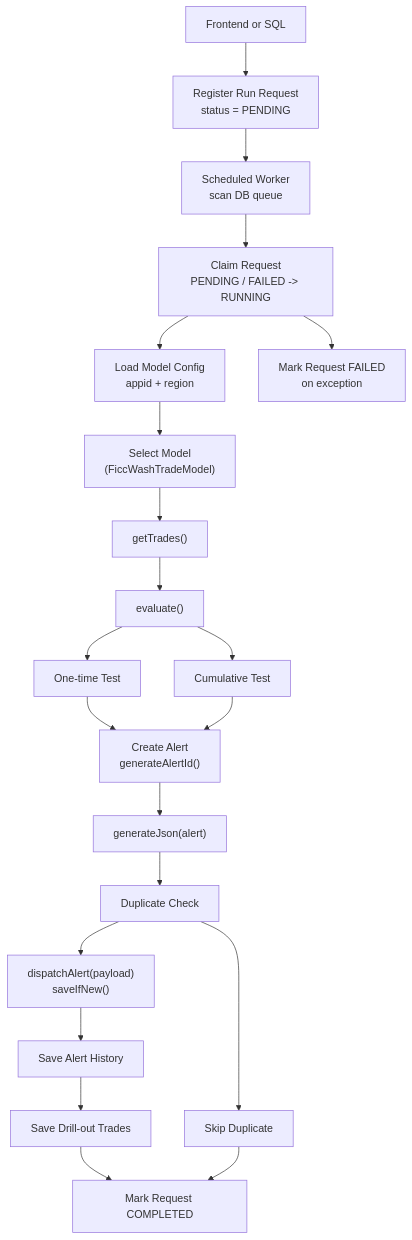
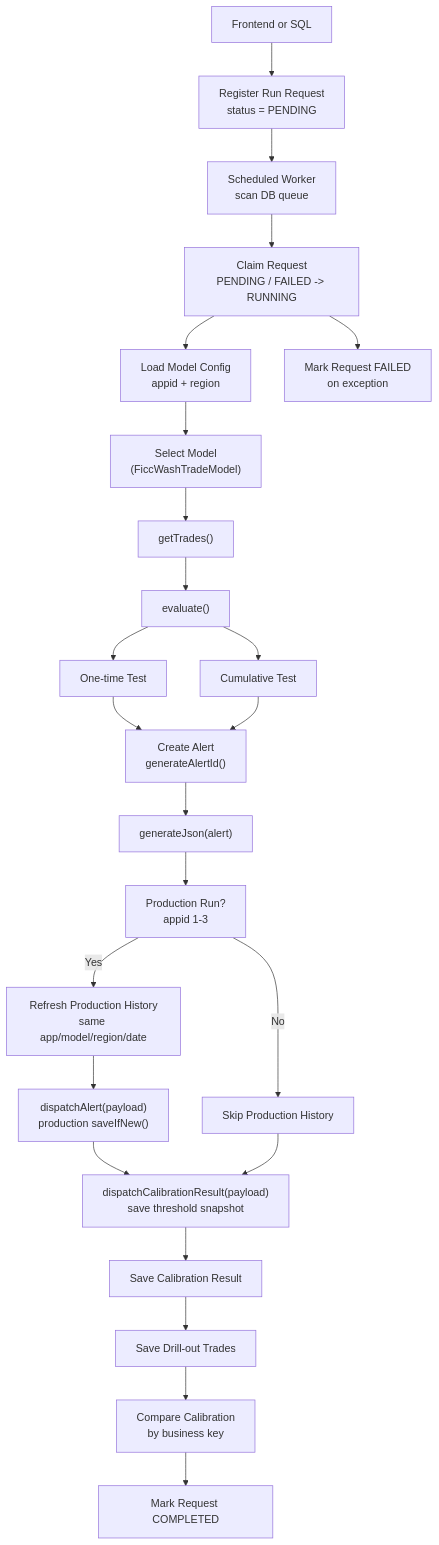
Before and after one commit to KiBeomLee16/Ficc_WashModel: the diagram in README.md, drawn with Mermaid. The commit also changed other lines of this file and 23 other files, not shown here.

````diff
--- a/README.md
+++ b/README.md
@@ -58,29 +62,31 @@
 ```mermaid
 flowchart TD
     A["Frontend or SQL"] --> B["Register Run Request<br/>status = PENDING"]
     B --> C["Scheduled Worker<br/>scan DB queue"]
     C --> D["Claim Request<br/>PENDING / FAILED -> RUNNING"]
     D --> E["Load Model Config<br/>appid + region"]
     E --> F["Select Model<br/>(FiccWashTradeModel)"]
     F --> G["getTrades()"]
     G --> H["evaluate()"]
 
     H --> I["One-time Test"]
     H --> J["Cumulative Test"]
 
     I --> K["Create Alert<br/>generateAlertId()"]
     J --> K
 
     K --> L["generateJson(alert)"]
-    L --> M["Duplicate Check"]
-    M --> N["dispatchAlert(payload)<br/>saveIfNew()"]
+    L --> M["Production Run?<br/>appid 1-3"]
+    M -->|Yes| N["Refresh Production History<br/>same app/model/region/date"]
+    N --> O["dispatchAlert(payload)<br/>production saveIfNew()"]
+    M -->|No| P["Skip Production History"]
 
-    N --> O["Save Alert History"]
-    O --> P["Save Drill-out Trades"]
-    P --> Q["Mark Request COMPLETED"]
+    O --> Q["dispatchCalibrationResult(payload)<br/>save threshold snapshot"]
+    P --> Q
+    Q --> R["Save Calibration Result"]
+    R --> S["Save Drill-out Trades"]
+    S --> V["Compare Calibration<br/>by business key"]
+    V --> T["Mark Request COMPLETED"]
 
-    M --> R["Skip Duplicate"]
-    R --> Q
-
-    D --> S["Mark Request FAILED<br/>on exception"]
+    D --> U["Mark Request FAILED<br/>on exception"]
 ```
````
